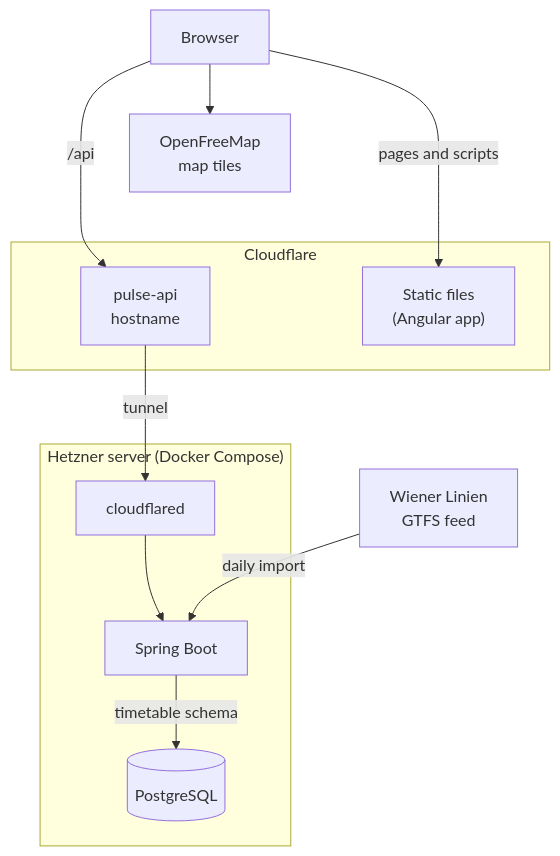
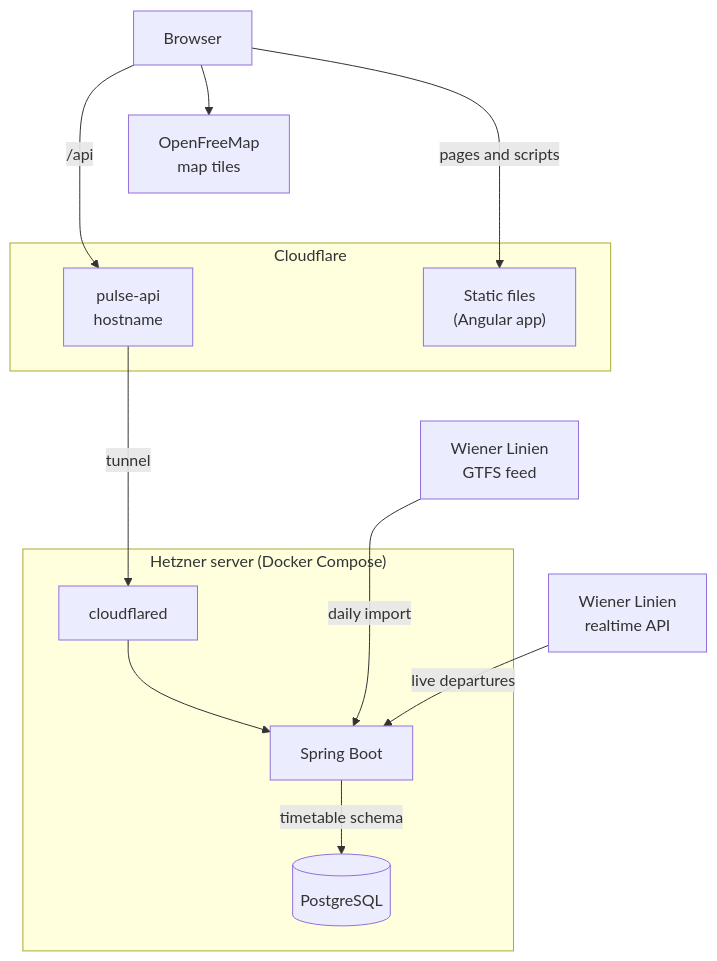
Before and after one commit to vlad-dancea/vienna-pulse-v2: the diagram in README.md, drawn with Mermaid. The commit also changed other lines of this file and 12 other files, not shown here.

First line of the commit message:
Add Wiener Linien's live times to a stop's departures

````diff
--- a/README.md
+++ b/README.md
@@ -17,27 +18,30 @@
 ```mermaid
 flowchart TB
     browser["Browser"]
     tiles["OpenFreeMap<br/>map tiles"]
     feed["Wiener Linien<br/>GTFS feed"]
+    realtime["Wiener Linien<br/>realtime API"]
     subgraph cloudflare["Cloudflare"]
         assets["Static files<br/>(Angular app)"]
         api["pulse-api<br/>hostname"]
     end
     subgraph server["Hetzner server (Docker Compose)"]
         cloudflared["cloudflared"]
         backend["Spring Boot"]
         postgres[("PostgreSQL")]
     end
     browser -->|"pages and scripts"| assets
     browser -->|"/api"| api
     browser --> tiles
     api -->|"tunnel"| cloudflared
     cloudflared --> backend
     backend -->|"timetable schema"| postgres
     feed -->|"daily import"| backend
-    %% These draw no lines. They put the feed under the static files and the API under the
-    %% map tiles, which keeps the diagram narrow and PostgreSQL clear of GitHub's zoom
-    %% buttons in the bottom right corner.
+    realtime -->|"live departures"| backend
+    %% These draw no lines. They put the feed under the static files, the realtime API under
+    %% the feed and the API under the map tiles, which keeps the diagram narrow and PostgreSQL
+    %% clear of GitHub's zoom buttons in the bottom right corner.
     assets ~~~ feed
+    feed ~~~ realtime
     tiles ~~~ api
 ```
````
